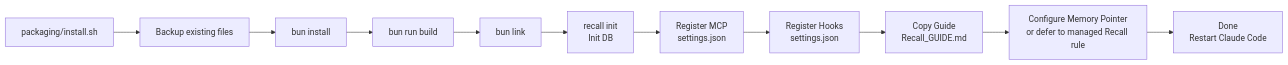
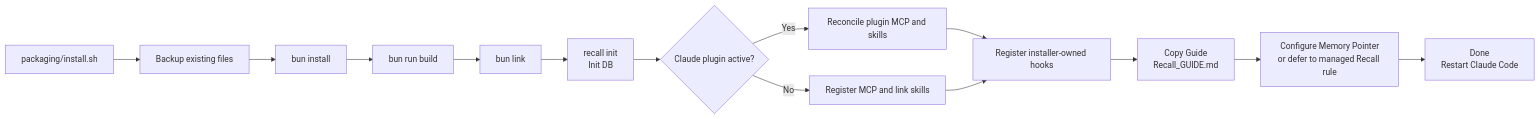
Before and after one commit to edheltzel/Recall: the diagram in docs/installation.md, drawn with Mermaid. The commit also changed other lines of this file and 7 other files, not shown here.

````diff
--- a/docs/installation.md
+++ b/docs/installation.md
@@ -186,13 +186,16 @@
 ```mermaid
 flowchart LR
     A[packaging/install.sh] --> B[Backup existing files]
     B --> C[bun install]
     C --> D[bun run build]
     D --> E[bun link]
     E --> F[recall init\nInit DB]
-    F --> G[Register MCP\nsettings.json]
-    G --> H[Register Hooks\nsettings.json]
-    H --> I[Copy Guide\nRecall_GUIDE.md]
-    I --> J[Configure Memory Pointer\nor defer to managed Recall rule]
-    J --> K[Done\nRestart Claude Code]
+    F --> G{Claude plugin active?}
+    G -->|Yes| H[Reconcile plugin MCP and skills]
+    G -->|No| I[Register MCP and link skills]
+    H --> J[Register installer-owned hooks]
+    I --> J
+    J --> K[Copy Guide\nRecall_GUIDE.md]
+    K --> L[Configure Memory Pointer\nor defer to managed Recall rule]
+    L --> M[Done\nRestart Claude Code]
 ```
````
